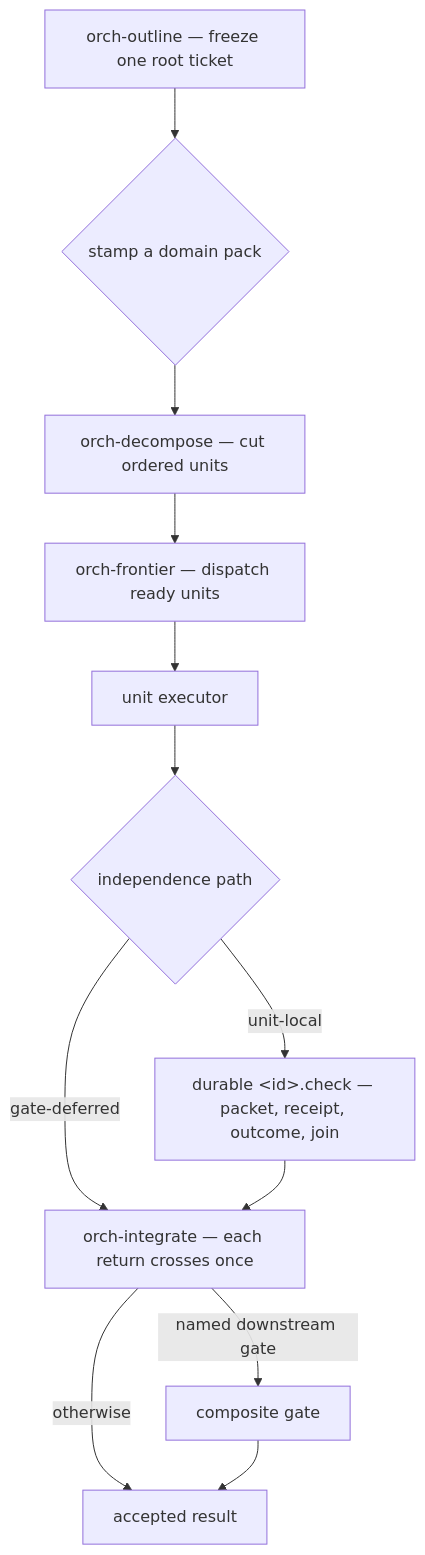
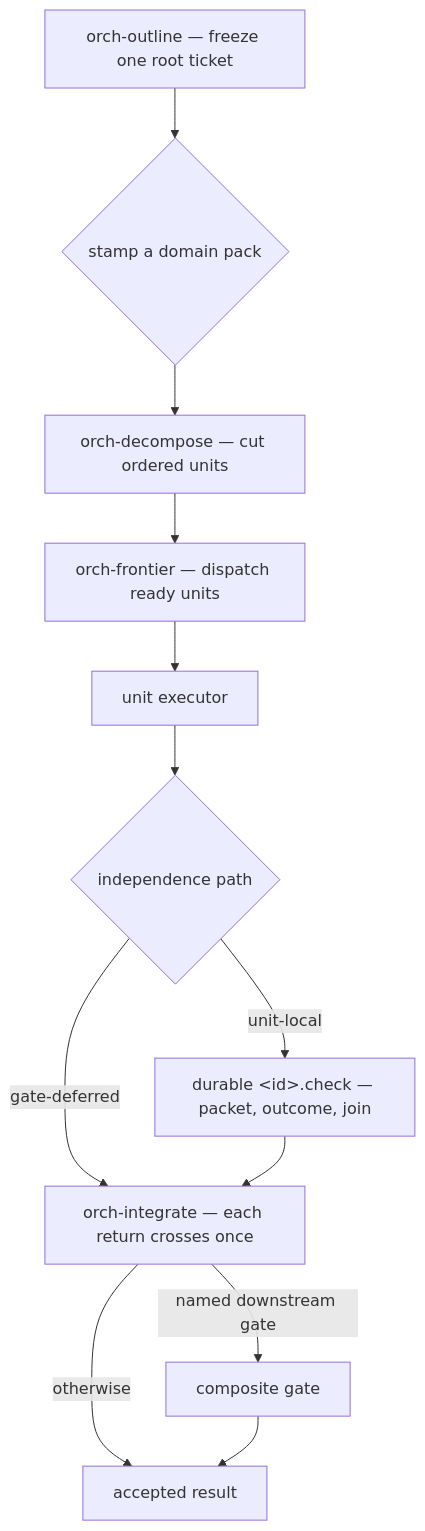
Before and after one commit to DanMcInerney/orchflows: the diagram in README.md, drawn with Mermaid. The commit also changed 48 other files, not shown here.

````diff
--- a/README.md
+++ b/README.md
@@ -182,14 +182,14 @@
 ```mermaid
 flowchart TD
     outline["orch-outline — freeze one root ticket"] --> pack{"stamp a domain pack"}
     pack --> dec["orch-decompose — cut ordered units"]
     dec --> frontier["orch-frontier — dispatch ready units"]
     frontier --> exec["unit executor"]
     exec --> path{"independence path"}
-    path -->|unit-local| checker["durable &lt;id&gt;.check — packet, receipt, outcome, join"]
+    path -->|unit-local| checker["durable &lt;id&gt;.check — packet, outcome, join"]
     path -->|gate-deferred| join["orch-integrate — each return crosses once"]
     checker --> join
     join -->|named downstream gate| gate["composite gate"]
     join -->|otherwise| accepted["accepted result"]
     gate --> accepted
 ```
````
